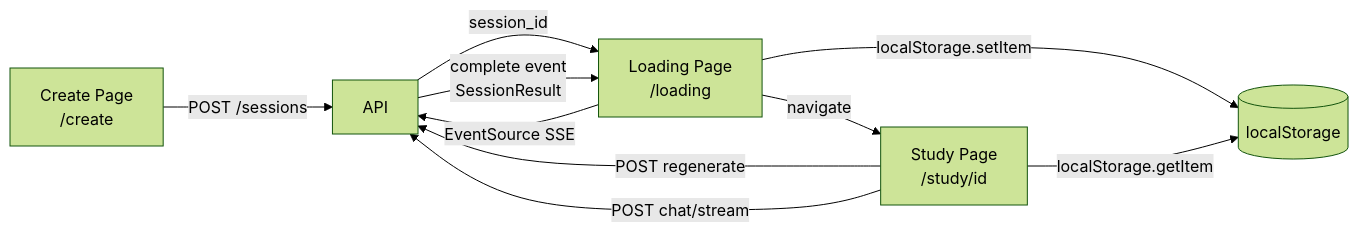
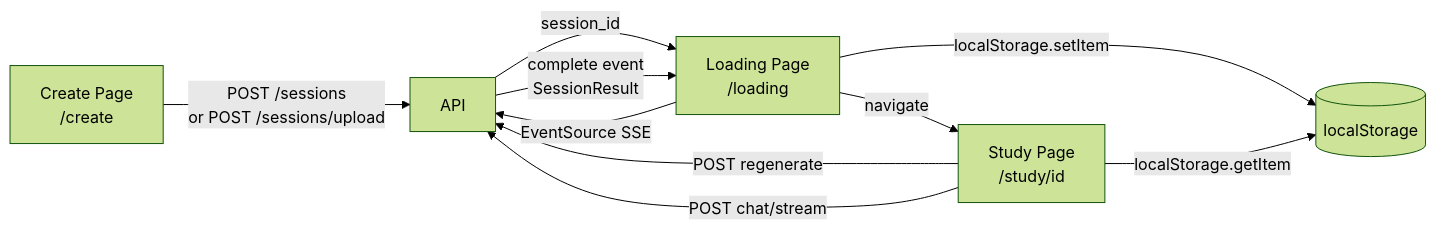
Before and after one commit to hafiz-ebono/super_tutor: the fourth of 4 diagrams in frontend/README.md, drawn with Mermaid (forest theme). The commit also changed other lines of this file and 2 other files, not shown here.

First line of the commit message:
docs: update all READMEs for file upload, v5 API, and chat improvements

````diff
--- a/frontend/README.md
+++ b/frontend/README.md
@@ -146,12 +154,12 @@
 ```mermaid
 flowchart LR
-    Create["Create Page\n/create"] -- POST /sessions --> API
+    Create["Create Page\n/create"] -- POST /sessions\nor POST /sessions/upload --> API
     API -- session_id --> Loading["Loading Page\n/loading"]
     Loading -- EventSource SSE --> API
     API -- complete event\nSessionResult --> Loading
     Loading -- localStorage.setItem --> LS[(localStorage)]
     Loading -- navigate --> Study["Study Page\n/study/id"]
     Study -- localStorage.getItem --> LS
     Study -- POST regenerate --> API
     Study -- POST chat/stream --> API
 ```
````
